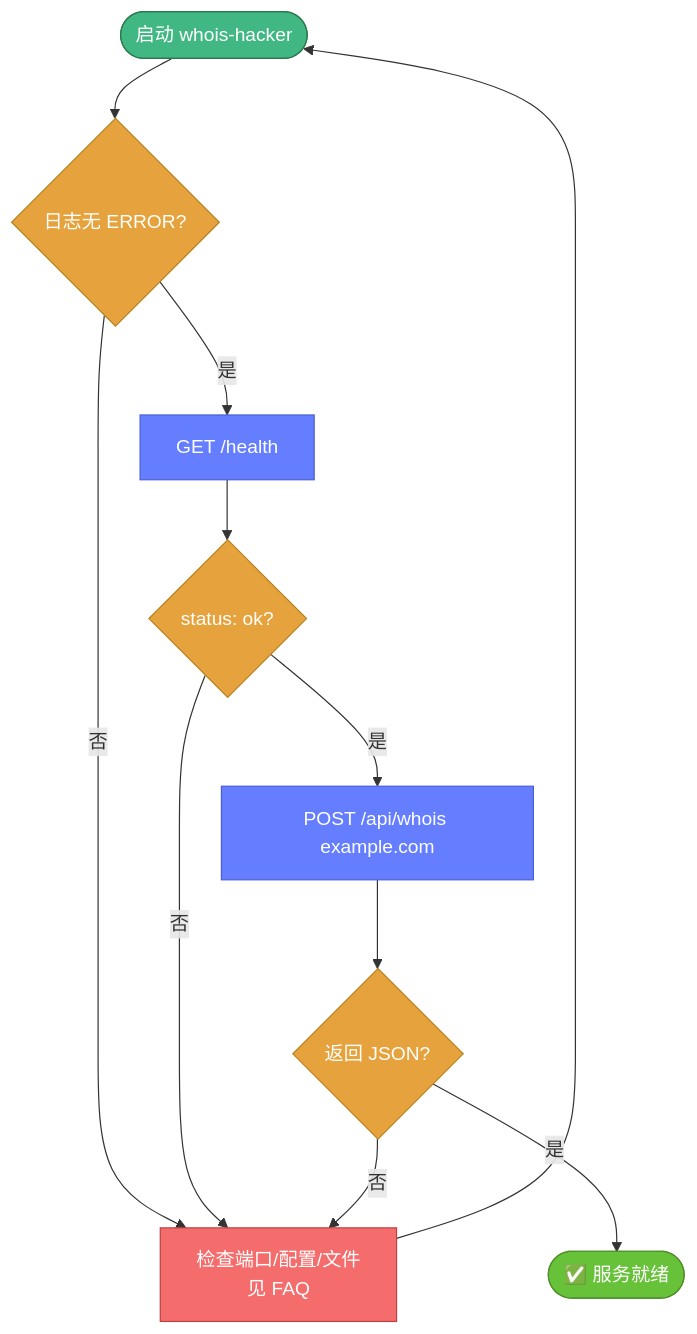
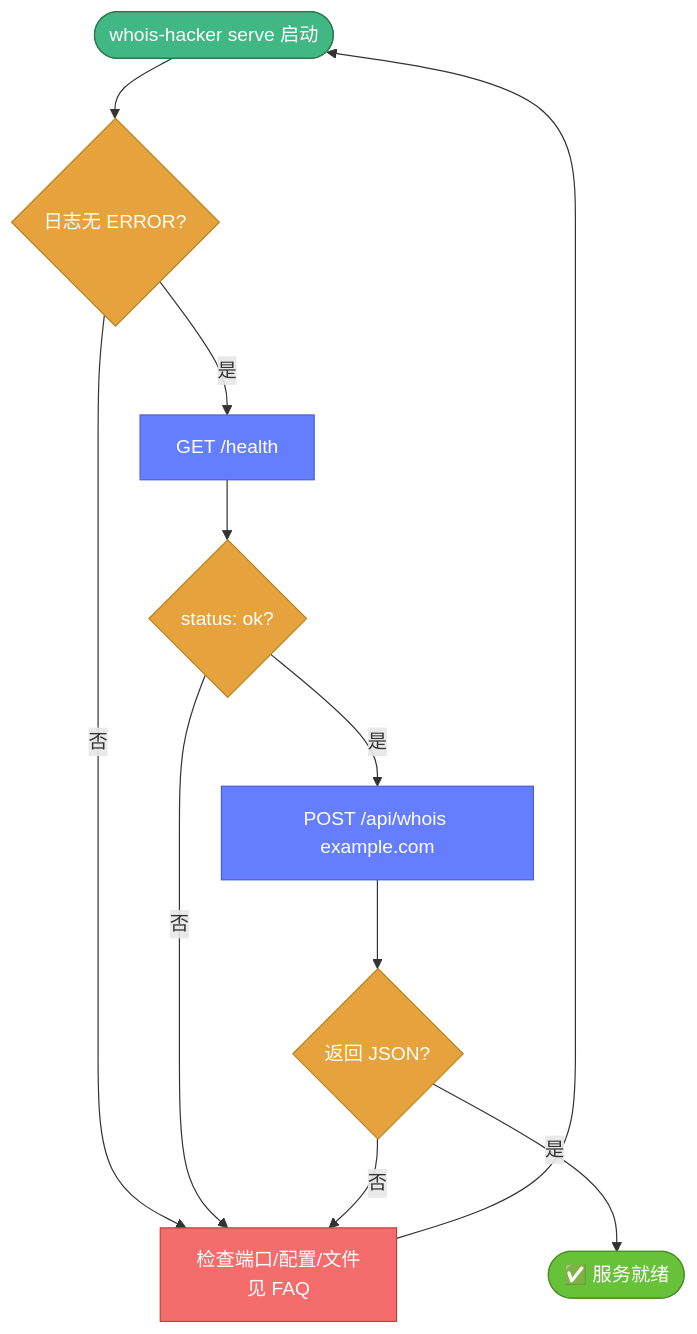
Before and after one commit to cyberspacesec/whois-skills: the fourth of 4 diagrams in website/cli/usage.md, drawn with Mermaid. The commit also changed other lines of this file and 21 other files, not shown here.

````diff
--- a/website/cli/usage.md
+++ b/website/cli/usage.md
@@ -192,25 +293,25 @@
 ```mermaid
 flowchart TD
-    Start(["启动 whois-hacker"])
+    Start(["whois-hacker serve 启动"])
     Start --> Log{"日志无 ERROR?"}
     Log -- 否 --> Fix["检查端口/配置/文件<br/>见 FAQ"]
     Log -- 是 --> H["GET /health"]
     Fix --> Start
     H --> HOK{"status: ok?"}
     HOK -- 否 --> Fix
     HOK -- 是 --> Q["POST /api/whois example.com"]
     Q --> QOK{"返回 JSON?"}
     QOK -- 否 --> Fix
     QOK -- 是 --> Done(["✅ 服务就绪"])
 
     classDef start fill:#41b883,color:#fff,stroke:#2b7a4b
     classDef check fill:#e6a23c,color:#fff,stroke:#b7821c
     classDef proc fill:#647eff,color:#fff,stroke:#4a5fd6
     classDef err fill:#f56c6c,color:#fff,stroke:#c04040
     classDef ok fill:#67c23a,color:#fff,stroke:#4e8e2a
     class Start,Done start
     class Log,HOK,QOK check
     class H,Q proc
     class Fix err
     class Done ok
 ```
````
